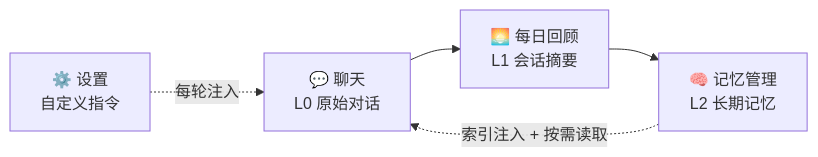
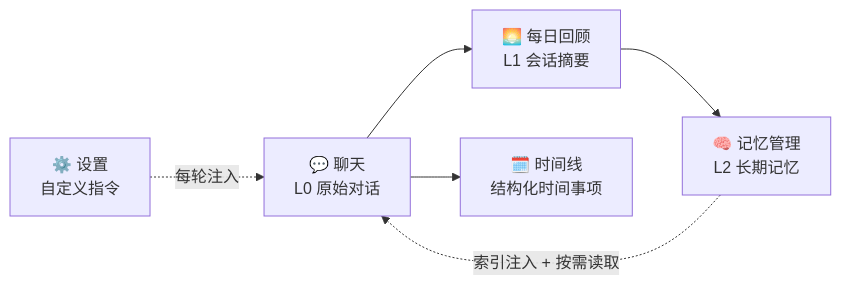
One commit to lance2016/chat-memo changed the diagram in README.md. Above: the diagram before and after it, drawn with Mermaid. The commit also changed other lines of this file and 42 other files, not shown here.

Commit message:
feat: add daily review insights and timeline MVP

````diff
--- a/README.md
+++ b/README.md
@@ -32,7 +32,8 @@
 ```mermaid
 flowchart LR
     Chat["💬 聊天<br/>L0 原始对话"] --> Review["🌅 每日回顾<br/>L1 会话摘要"]
     Review --> Memory["🧠 记忆管理<br/>L2 长期记忆"]
     Memory -. 索引注入 + 按需读取 .-> Chat
+    Chat --> Timeline["🗓️ 时间线<br/>结构化时间事项"]
     Settings["⚙️ 设置<br/>自定义指令"] -. 每轮注入 .-> Chat
 ```
````
